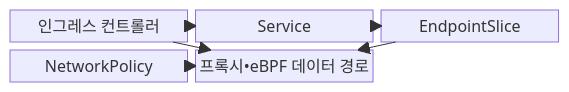
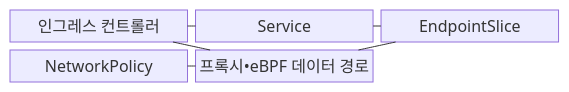
The first of 2 diagrams in src/content/docs/notes/04-network/062_kubernetes_networking.md (agnusdei1207/knowledge-base), drawn with Mermaid before and after one commit. The commit also changed other lines of this file and 493 other files, not shown here.

````diff
--- a/src/content/docs/notes/04-network/062_kubernetes_networking.md
+++ b/src/content/docs/notes/04-network/062_kubernetes_networking.md
@@ -70,14 +70,14 @@
 ```mermaid
 block-beta
     columns 3
     A["인그레스 컨트롤러"]
     B["Service"]
     C["EndpointSlice"]
     D["NetworkPolicy"]
     E["프록시•eBPF 데이터 경로"]
-    A --> B
-    A --> E
-    B --> C
-    C --> E
-    D --> E
+    A --- B
+    A --- E
+    B --- C
+    C --- E
+    D --- E
 ```
````
